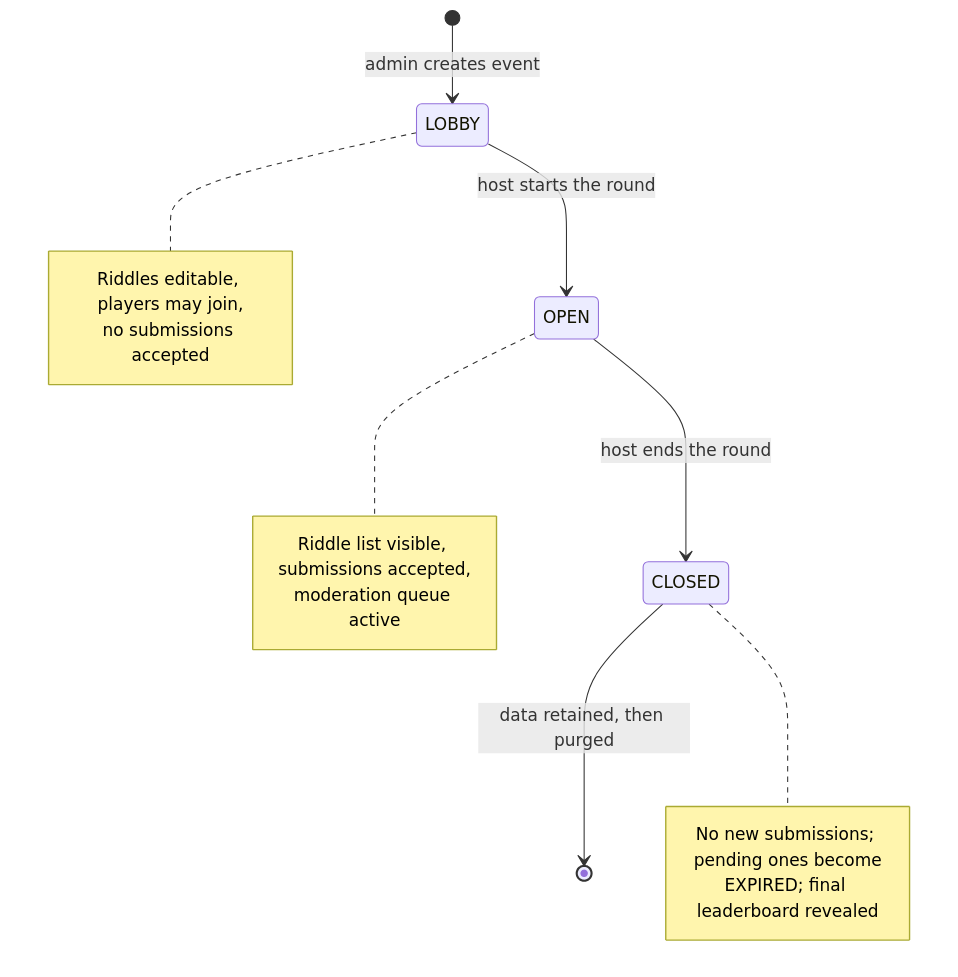
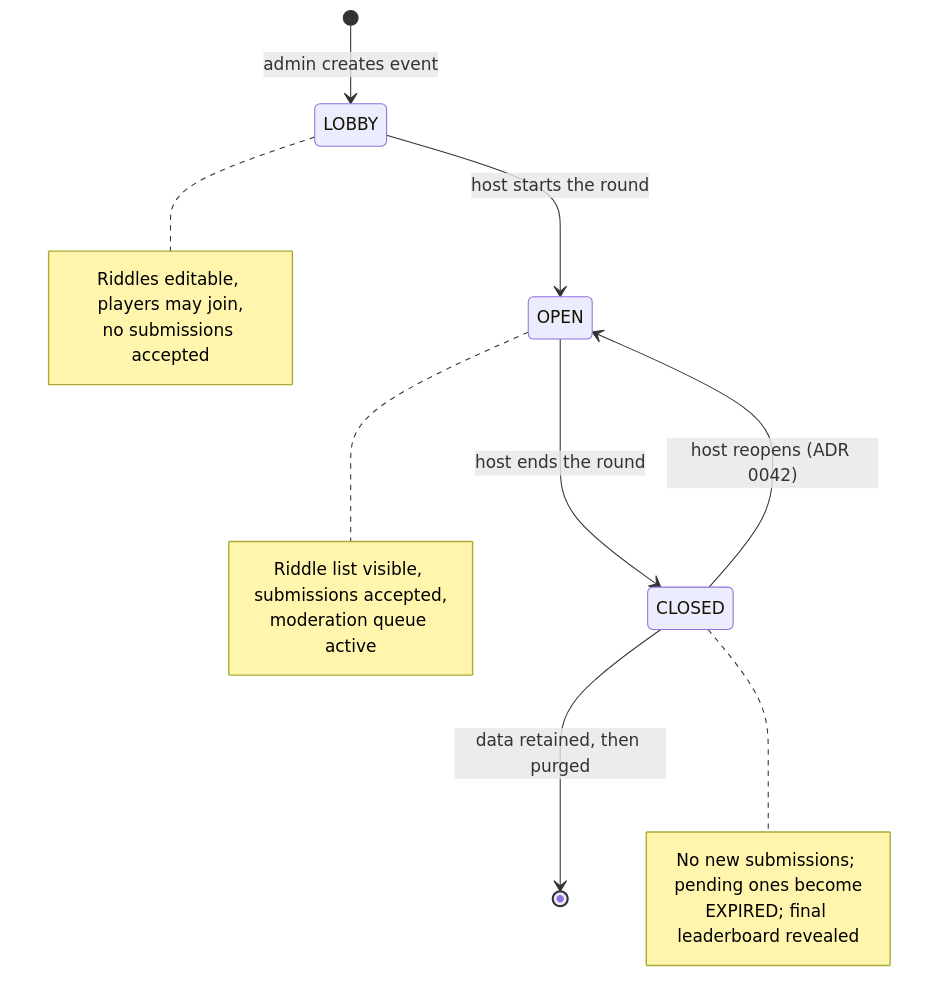
The third of 5 diagrams in docs/design.md (warricksothr/halloween-photo-scavenger-hunt), drawn with Mermaid before and after one commit. The commit also changed other lines of this file and 15 other files, not shown here.

First line of the commit message:
Let the host reopen a closed event, and confirm before closing

````diff
--- a/docs/design.md
+++ b/docs/design.md
@@ -193,20 +193,21 @@
 ```mermaid
 stateDiagram-v2
     [*] --> LOBBY : admin creates event
     LOBBY --> OPEN : host starts the round
     OPEN --> CLOSED : host ends the round
+    CLOSED --> OPEN : host reopens (ADR 0042)
     CLOSED --> [*] : data retained, then purged
 
     note right of LOBBY
         Riddles editable, players may join,
         no submissions accepted
     end note
     note right of OPEN
         Riddle list visible, submissions accepted,
         moderation queue active
     end note
     note right of CLOSED
         No new submissions; pending ones become
         EXPIRED; final leaderboard revealed
     end note
 ```
````
